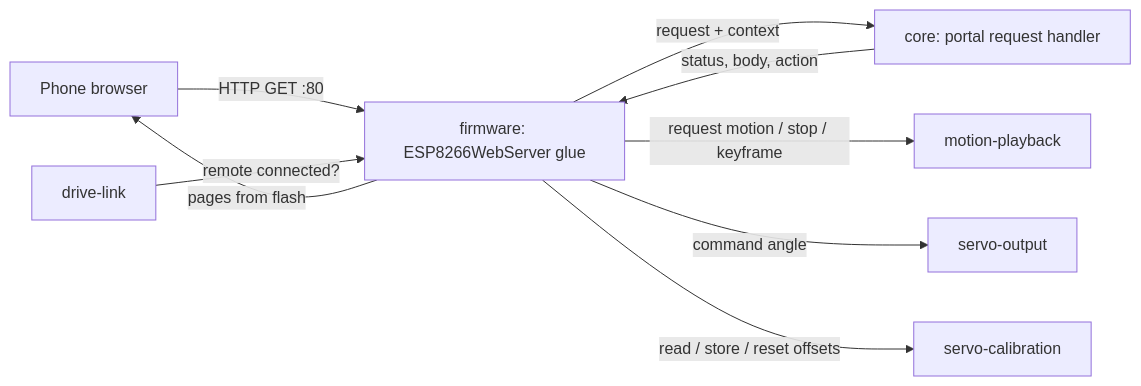
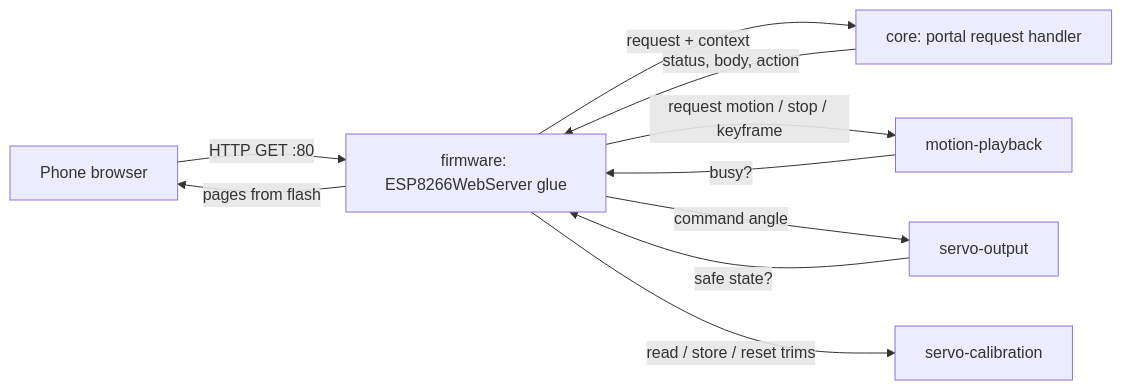
One commit to blackfyre/mini-spooder changed the first of 3 diagrams in openspec/changes/web-portal/design.md. Above: the diagram before and after it, drawn with Mermaid. The commit also changed other lines of this file and 3 other files, not shown here.

````diff
--- a/openspec/changes/web-portal/design.md
+++ b/openspec/changes/web-portal/design.md
@@ -55,11 +55,12 @@
 ```mermaid
 flowchart LR
   Phone["Phone browser"] -- "HTTP GET :80" --> WS["firmware: ESP8266WebServer glue"]
   WS -- "request + context" --> H["core: portal request handler"]
   H -- "status, body, action" --> WS
   WS -- "request motion / stop / keyframe" --> MP["motion-playback"]
   WS -- "command angle" --> SO["servo-output"]
-  WS -- "read / store / reset offsets" --> SC["servo-calibration"]
-  DL["drive-link"] -- "remote connected?" --> WS
+  WS -- "read / store / reset trims" --> SC["servo-calibration"]
+  SO -- "safe state?" --> WS
+  MP -- "busy?" --> WS
   WS -- "pages from flash" --> Phone
 ```
````
